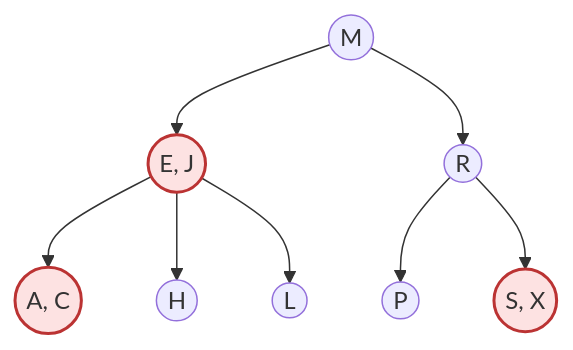
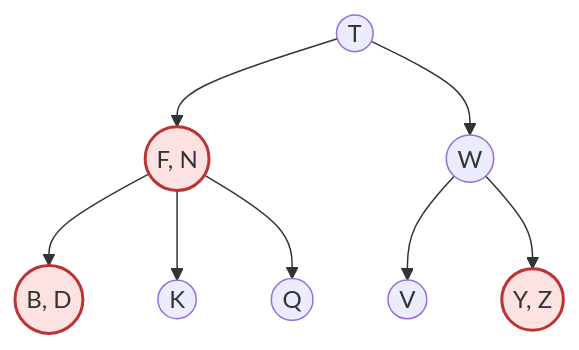
One commit to tmtxt/tmtxt.github.com changed the first of 5 diagrams in _drafts/2018-09-24-2-3-search-trees.md. Above: the diagram before and after it, drawn with Mermaid. The commit also changed other lines of this file, not shown here.

```diff
--- a/_drafts/2018-09-24-2-3-search-trees.md
+++ b/_drafts/2018-09-24-2-3-search-trees.md
@@ -87,14 +87,14 @@
 <div class="mermaid">
 graph TD
-  M((M)) --> EJ(("E, J"))
-  M --> R((R))
-  EJ --> AC(("A, C"))
-  EJ --> H((H))
-  EJ --> L((L))
-  R --> P((P))
-  R --> SX(("S, X"))
+  T((T)) --> FN(("F, N"))
+  T --> W((W))
+  FN --> BD(("B, D"))
+  FN --> K((K))
+  FN --> Q((Q))
+  W --> V((V))
+  W --> YZ(("Y, Z"))
 
-  style EJ fill:#fde2e2,stroke:#b33,stroke-width:2px
-  style AC fill:#fde2e2,stroke:#b33,stroke-width:2px
-  style SX fill:#fde2e2,stroke:#b33,stroke-width:2px
+  style FN fill:#fde2e2,stroke:#b33,stroke-width:2px
+  style BD fill:#fde2e2,stroke:#b33,stroke-width:2px
+  style YZ fill:#fde2e2,stroke:#b33,stroke-width:2px
 </div>
```
